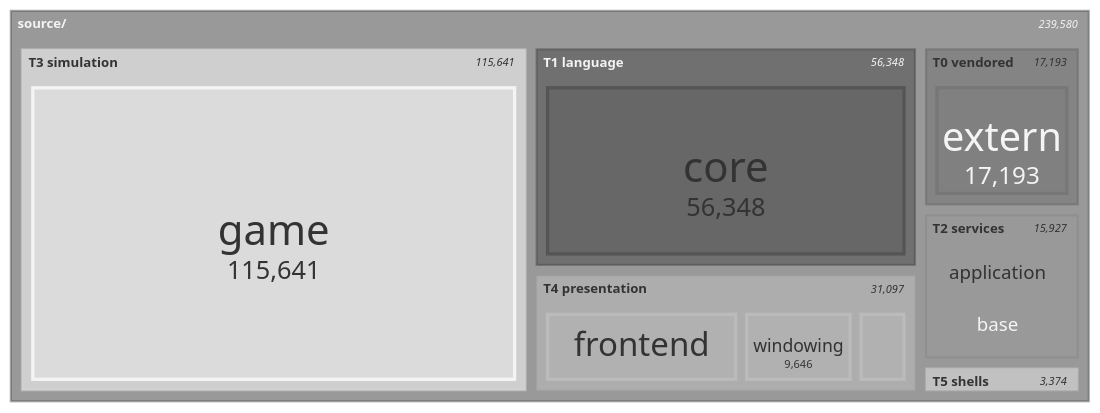
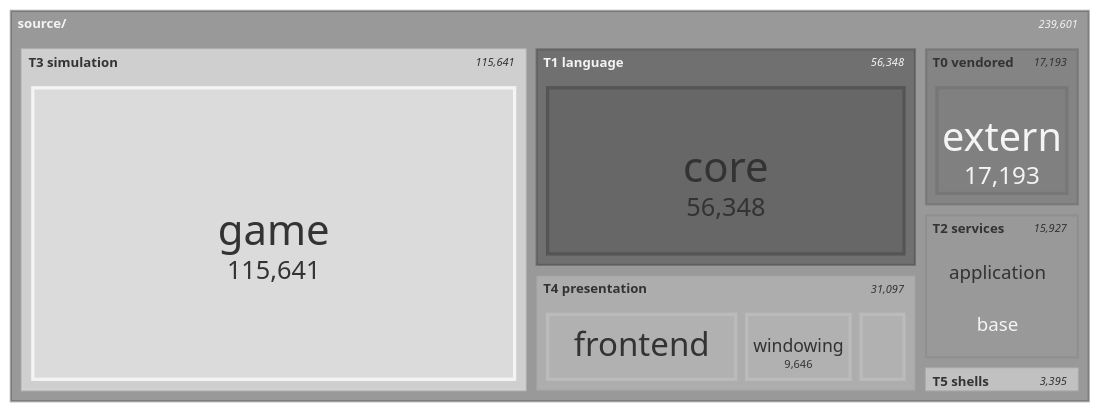
One commit to apnex/OpenStarbound changed the seventh of 11 diagrams in docs/architecture/system-boundaries.md. Above: the diagram before and after it, drawn with Mermaid (neutral theme). The commit also changed other lines of this file and 6 other files, not shown here.

````diff
--- a/docs/architecture/system-boundaries.md
+++ b/docs/architecture/system-boundaries.md
@@ -592,22 +592,22 @@
 ```mermaid
 treemap-beta
 "source/"
     "T0 vendored"
         "extern": 17193
     "T1 language"
         "core": 56348
     "T2 services"
         "application": 7489
         "base": 7449
         "metrics": 847
         "platform": 142
     "T3 simulation"
         "game": 115641
     "T4 presentation"
         "frontend": 16863
         "windowing": 9646
         "rendering": 4588
     "T5 shells"
-        "client": 2591
+        "client": 2612
         "server": 783
 ```
````
